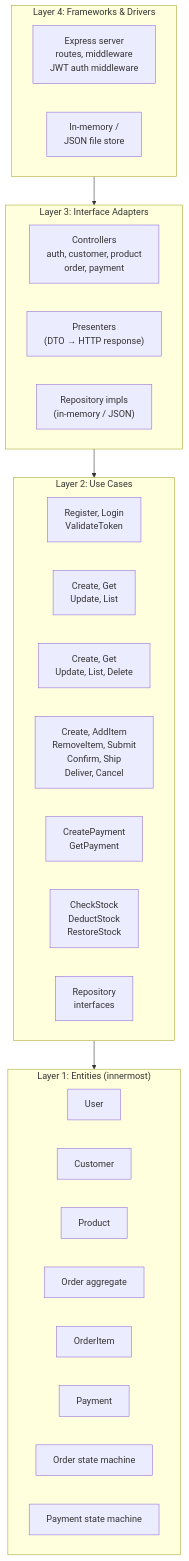
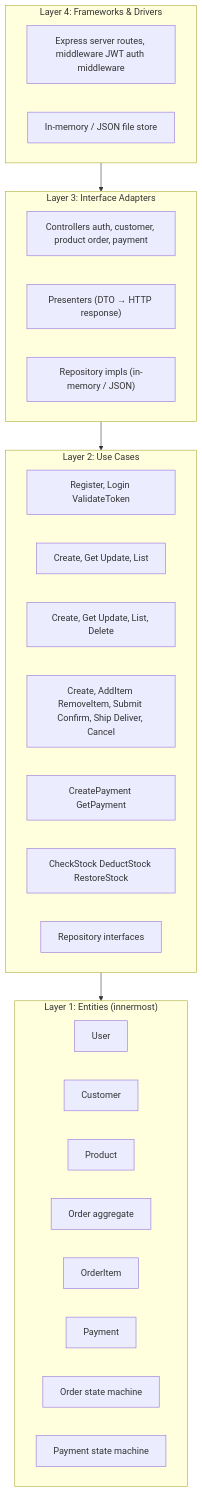
One commit to nachosag/backend-lab changed the first of 3 diagrams in clean-architecture/openspec/changes/order-management/proposal.md. Above: the diagram before and after it, drawn with Mermaid. The commit also changed 1 other file, not shown here.

Commit message:
docs(order-management): Clean up mermaid diagrams and format dependency rules

````diff
--- a/clean-architecture/openspec/changes/order-management/proposal.md
+++ b/clean-architecture/openspec/changes/order-management/proposal.md
@@ -43,43 +43,39 @@
 ```mermaid
----
-config:
-  theme: default
----
 flowchart TB
     accTitle: Clean Architecture 4-layer with all domains
     accDescr: Concentric layers showing where auth, orders, payments, inventory, products, and customers map
 
     subgraph FW["Layer 4: Frameworks & Drivers"]
-        Express["Express server\nroutes, middleware\nJWT auth middleware"]
-        InMemDB["In-memory /\nJSON file store"]
+        Express["Express server routes, middleware JWT auth middleware"]
+        InMemDB["In-memory / JSON file store"]
     end
 
     subgraph IA["Layer 3: Interface Adapters"]
-        Controllers["Controllers\nauth, customer, product\norder, payment"]
-        Presenters["Presenters\n(DTO → HTTP response)"]
-        Repos["Repository impls\n(in-memory / JSON)"]
+        Controllers["Controllers auth, customer, product order, payment"]
+        Presenters["Presenters (DTO → HTTP response)"]
+        Repos["Repository impls (in-memory / JSON)"]
     end
 
     subgraph UC["Layer 2: Use Cases"]
-        AuthUC["Register, Login\nValidateToken"]
-        CustomerUC["Create, Get\nUpdate, List"]
-        ProductUC["Create, Get\nUpdate, List, Delete"]
-        OrderUC["Create, AddItem\nRemoveItem, Submit\nConfirm, Ship\nDeliver, Cancel"]
-        PaymentUC["CreatePayment\nGetPayment"]
-        InventoryUC["CheckStock\nDeductStock\nRestoreStock"]
-        Interfaces["Repository\ninterfaces"]
+        AuthUC["Register, Login ValidateToken"]
+        CustomerUC["Create, Get Update, List"]
+        ProductUC["Create, Get Update, List, Delete"]
+        OrderUC["Create, AddItem RemoveItem, Submit Confirm, Ship Deliver, Cancel"]
+        PaymentUC["CreatePayment GetPayment"]
+        InventoryUC["CheckStock DeductStock RestoreStock"]
+        Interfaces["Repository interfaces"]
     end
 
     subgraph ENT["Layer 1: Entities (innermost)"]
         User["User"]
         Customer["Customer"]
         Product["Product"]
         Order["Order aggregate"]
         OrderItem["OrderItem"]
         Payment["Payment"]
         StatusMachine["Order state machine"]
         PaymentStatus["Payment state machine"]
     end
 
     FW --> IA --> UC --> ENT
 ```
````
